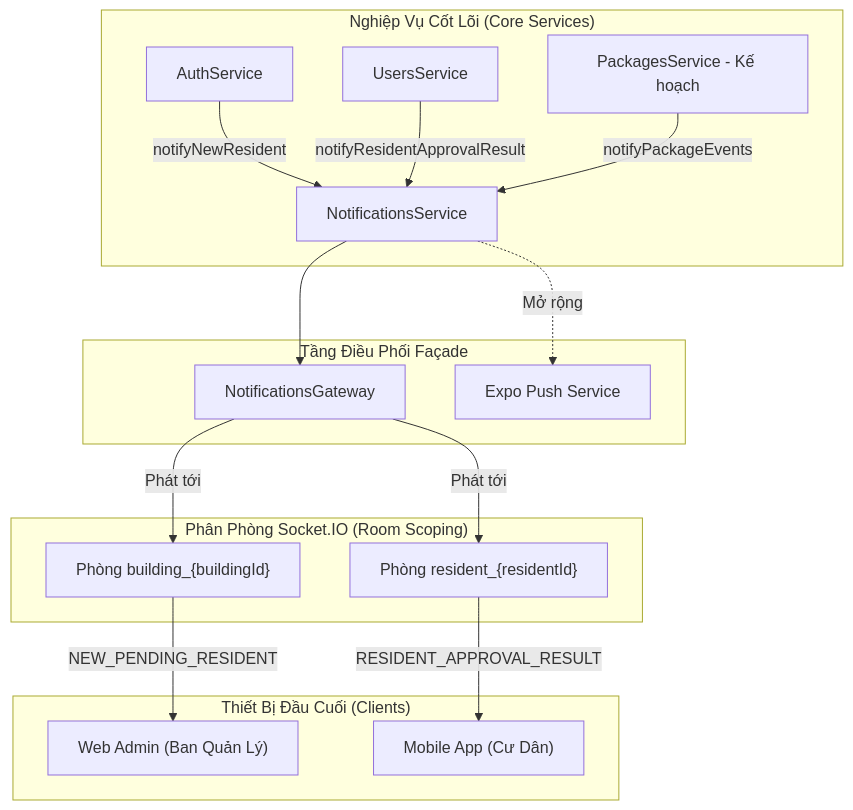
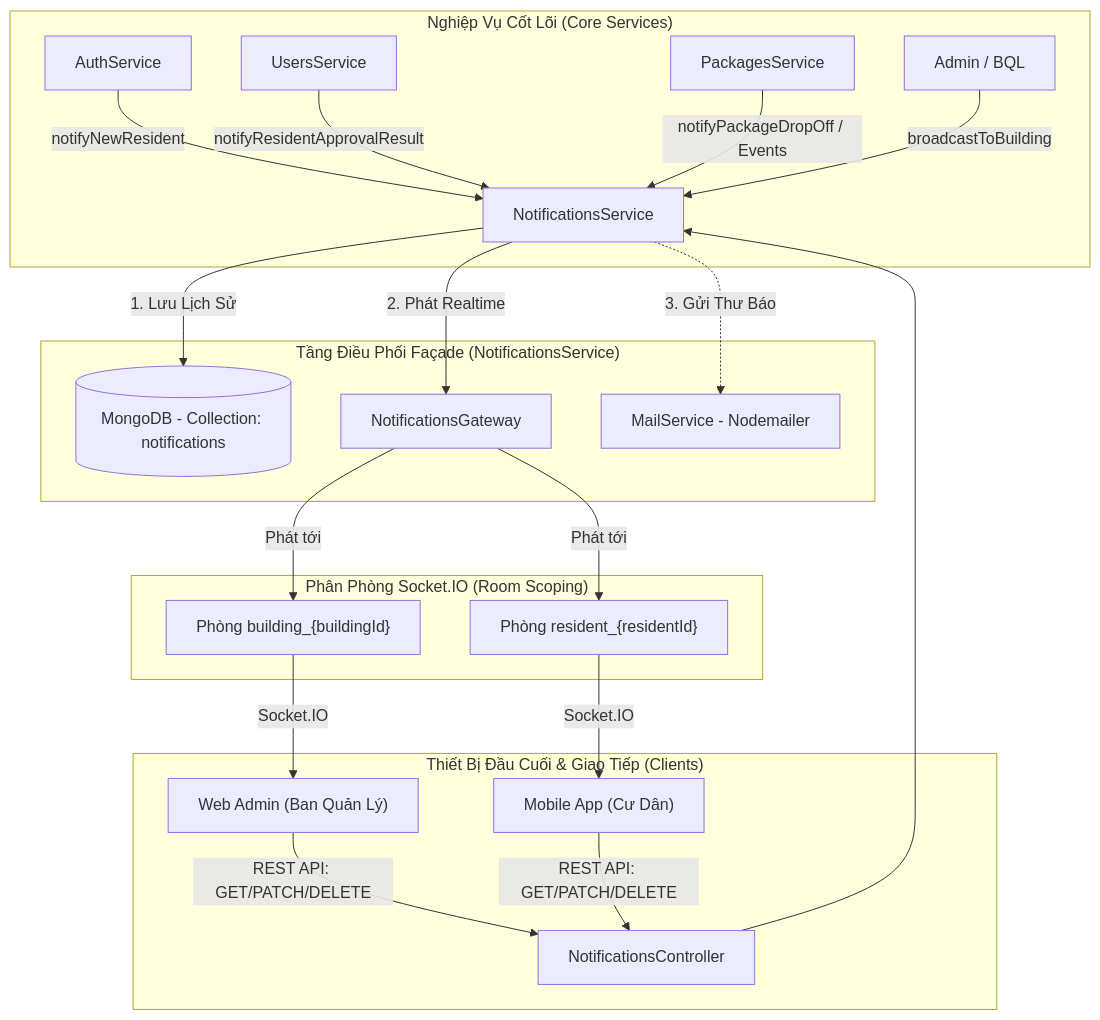
Before and after one commit to xuanphat0505/smart-locker-server: the first of 2 diagrams in src/notifications/notification.md, drawn with Mermaid. The commit also changed other lines of this file and 12 other files, not shown here.

Commit message:
feat(notifications): implement inbox schema, rest endpoints, and service (#11)

````diff
--- a/src/notifications/notification.md
+++ b/src/notifications/notification.md
@@ -13,23 +13,27 @@
 ```mermaid
 graph TD
     subgraph "Nghiệp Vụ Cốt Lõi (Core Services)"
         A[AuthService] -->|notifyNewResident| S[NotificationsService]
         U[UsersService] -->|notifyResidentApprovalResult| S
-        P[PackagesService - Kế hoạch] -->|notifyPackageEvents| S
+        P[PackagesService] -->|notifyPackageDropOff / Events| S
+        C[Admin / BQL] -->|broadcastToBuilding| S
     end
 
-    subgraph "Tầng Điều Phối Façade"
-        S --> G[NotificationsGateway]
-        S -.->|Mở rộng| Push[Expo Push Service]
+    subgraph "Tầng Điều Phối Façade (NotificationsService)"
+        S -->|1. Lưu Lịch Sử| DB[(MongoDB - Collection: notifications)]
+        S -->|2. Phát Realtime| G[NotificationsGateway]
+        S -.->|3. Gửi Thư Báo| M[MailService - Nodemailer]
     end
 
     subgraph "Phân Phòng Socket.IO (Room Scoping)"
         G -->|Phát tới| R1["Phòng building_{buildingId}"]
         G -->|Phát tới| R2["Phòng resident_{residentId}"]
     end
 
-    subgraph "Thiết Bị Đầu Cuối (Clients)"
-        R1 -->|NEW_PENDING_RESIDENT| Admin["Web Admin (Ban Quản Lý)"]
-        R2 -->|RESIDENT_APPROVAL_RESULT| App["Mobile App (Cư Dân)"]
+    subgraph "Thiết Bị Đầu Cuối & Giao Tiếp (Clients)"
+        R1 -->|Socket.IO| AdminUI["Web Admin (Ban Quản Lý)"]
+        R2 -->|Socket.IO| AppUI["Mobile App (Cư Dân)"]
+        AdminUI & AppUI -->|REST API: GET/PATCH/DELETE| Controller[NotificationsController]
+        Controller --> S
     end
 ```
````
